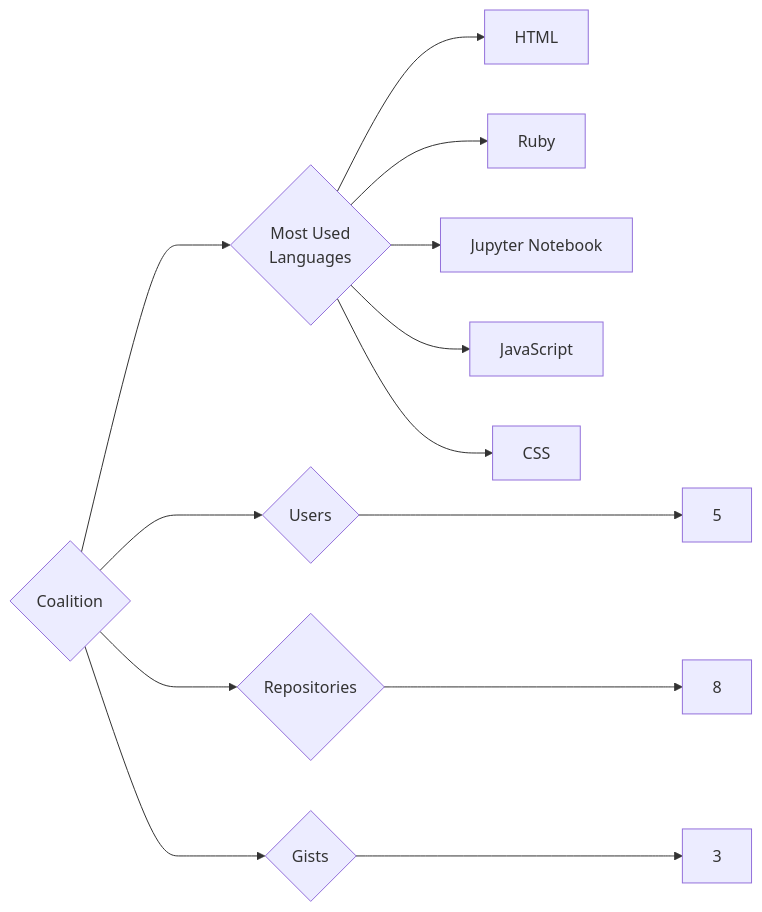
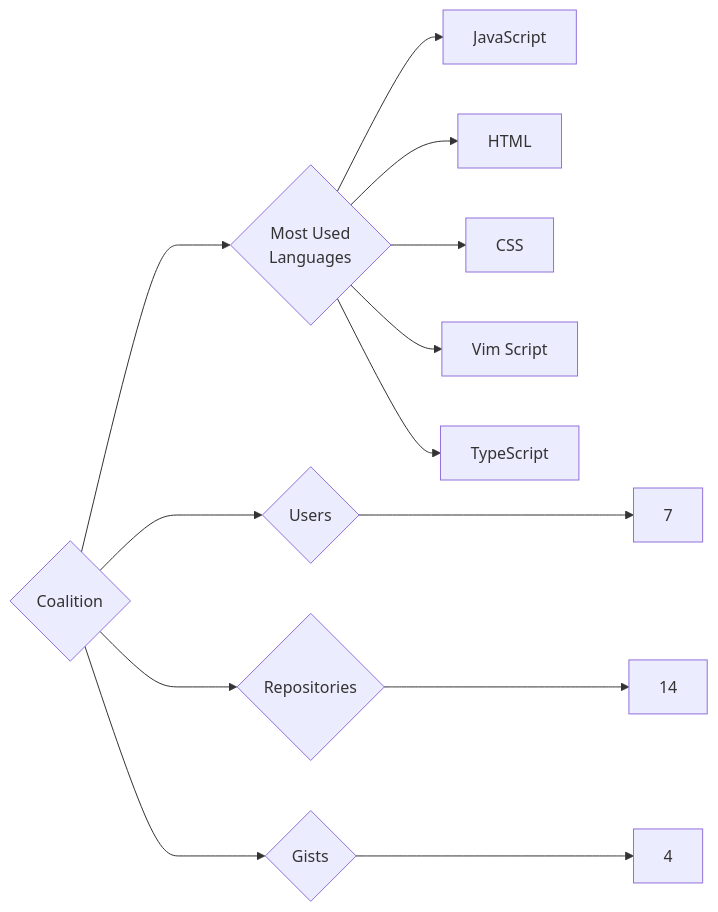
Before and after one commit to trickest/insiders: the diagram in targets/Coalition/README.md, drawn with Mermaid. The commit also changed 1055 other files, not shown here.

````diff
--- a/targets/Coalition/README.md
+++ b/targets/Coalition/README.md
@@ -3,13 +3,13 @@
 ```mermaid
 graph LR
 COMPANY_NAME{Coalition}
-COMPANY_NAME ---> U{Users} ---> UN[5]
-COMPANY_NAME ---> R{Repositories} ---> RN[8]
-COMPANY_NAME ---> G{Gists} ---> GN[3]
+COMPANY_NAME ---> U{Users} ---> UN[7]
+COMPANY_NAME ---> R{Repositories} ---> RN[14]
+COMPANY_NAME ---> G{Gists} ---> GN[4]
 COMPANY_NAME ---> ML{Most Used<br>Languages}
+ML --> JavaScript[JavaScript]
 ML --> HTML[HTML]
-ML --> Ruby[Ruby]
-ML --> Jupyter_Notebook[Jupyter Notebook]
-ML --> JavaScript[JavaScript]
 ML --> CSS[CSS]
+ML --> Vim_Script[Vim Script]
+ML --> TypeScript[TypeScript]
 ```
````
